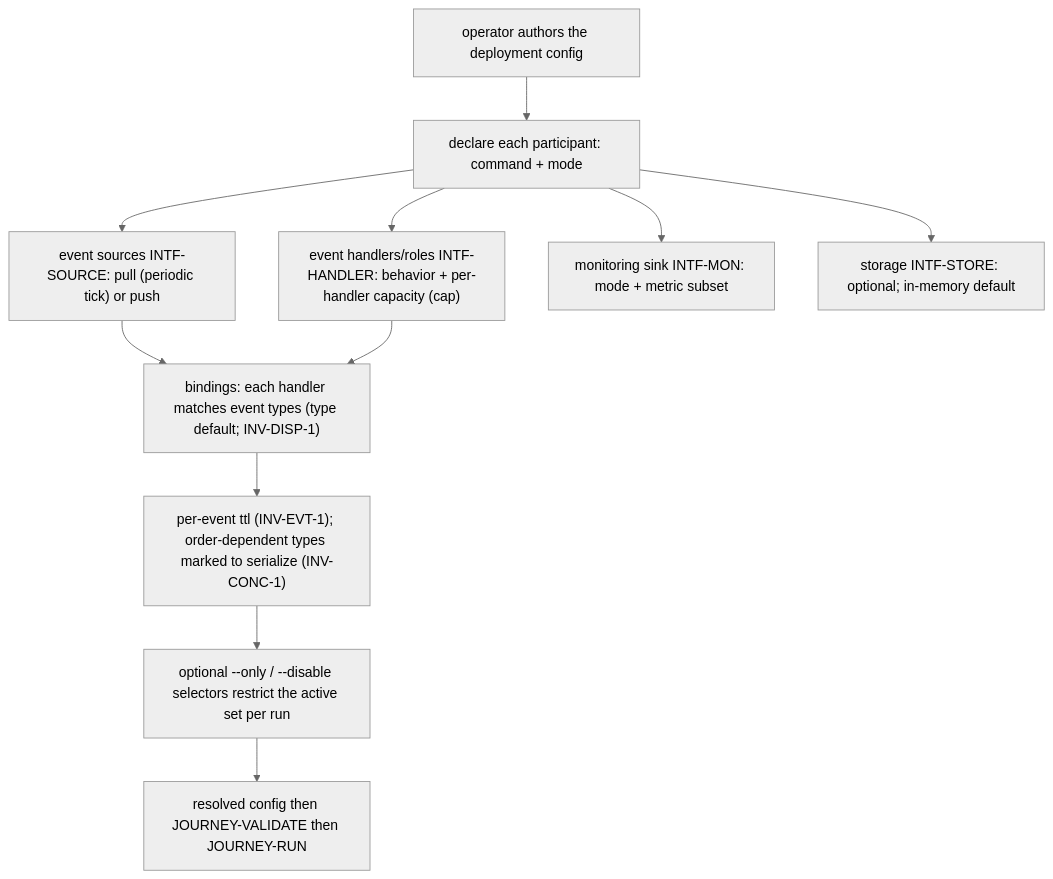
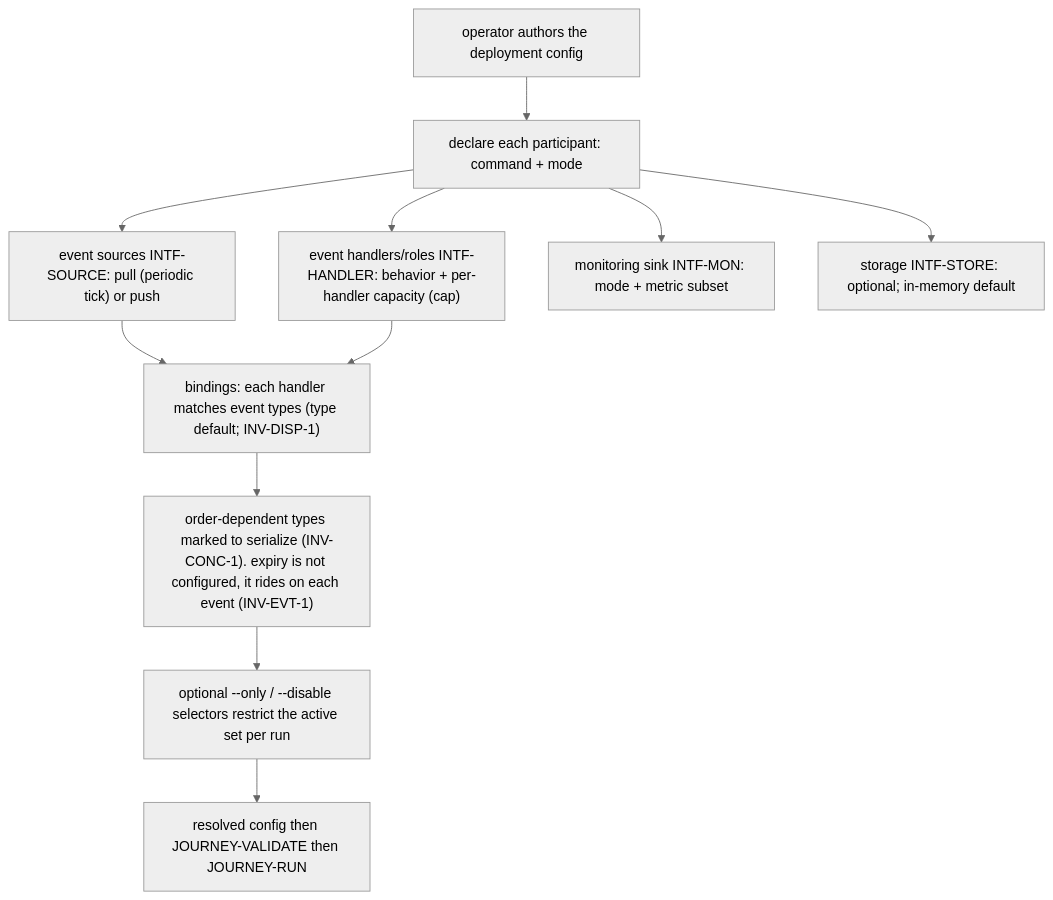
One commit to phillipgreenii/nix-agent-support changed the second of 13 diagrams in packages/pr-pool/docs/behavior/journeys.md. Above: the diagram before and after it, drawn with Mermaid (neutral theme). The commit also changed other lines of this file and 11 other files, not shown here.

````diff
--- a/packages/pr-pool/docs/behavior/journeys.md
+++ b/packages/pr-pool/docs/behavior/journeys.md
@@ -156,13 +157,13 @@
 ```mermaid
 flowchart TD
     start["operator authors the deployment config"] --> parts["declare each participant: command + mode"]
     parts --> src["event sources INTF-SOURCE: pull (periodic tick) or push"]
     parts --> hdl["event handlers/roles INTF-HANDLER: behavior + per-handler capacity (cap)"]
     parts --> mon["monitoring sink INTF-MON: mode + metric subset"]
     parts --> sto["storage INTF-STORE: optional; in-memory default"]
     src --> bind["bindings: each handler matches event types (type default; INV-DISP-1)"]
     hdl --> bind
-    bind --> ttl["per-event ttl (INV-EVT-1); order-dependent types marked to serialize (INV-CONC-1)"]
-    ttl --> sel["optional --only / --disable selectors restrict the active set per run"]
+    bind --> ser["order-dependent types marked to serialize (INV-CONC-1). expiry is not configured, it rides on each event (INV-EVT-1)"]
+    ser --> sel["optional --only / --disable selectors restrict the active set per run"]
     sel --> out["resolved config then JOURNEY-VALIDATE then JOURNEY-RUN"]
 ```
````
